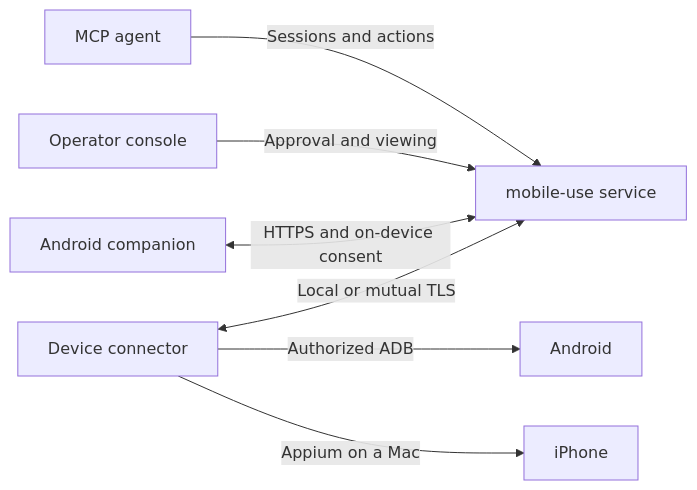
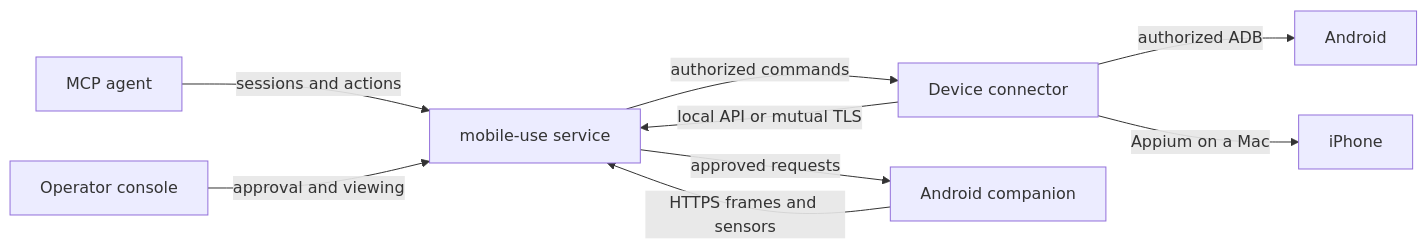
Before and after one commit to UpstandPlatform/mobile-use: the first of 2 diagrams in README.md, drawn with Mermaid. The commit also changed other lines of this file and 16 other files, not shown here.

Commit message:
Fix companion screen streaming and expand MCP controls

````diff
--- a/README.md
+++ b/README.md
@@ -7,9 +7,11 @@
 ```mermaid
 flowchart LR
-    Agent["MCP agent"] -->|"Sessions and actions"| Service["mobile-use service"]
-    Console["Operator console"] -->|"Approval and viewing"| Service
-    Connector["Device connector"] <-->|"Local or mutual TLS"| Service
-    Connector -->|"Authorized ADB"| Android["Android"]
-    Connector -->|"Appium on a Mac"| iPhone["iPhone"]
-    Companion["Android companion"] <-->|"HTTPS and on-device consent"| Service
+    Agent[MCP agent] -->|sessions and actions| Service[mobile-use service]
+    Console[Operator console] -->|approval and viewing| Service
+    Connector[Device connector] -->|local API or mutual TLS| Service
+    Service -->|authorized commands| Connector
+    Connector -->|authorized ADB| Android[Android]
+    Connector -->|Appium on a Mac| iPhone[iPhone]
+    Companion[Android companion] -->|HTTPS frames and sensors| Service
+    Service -->|approved requests| Companion
 ```
````
